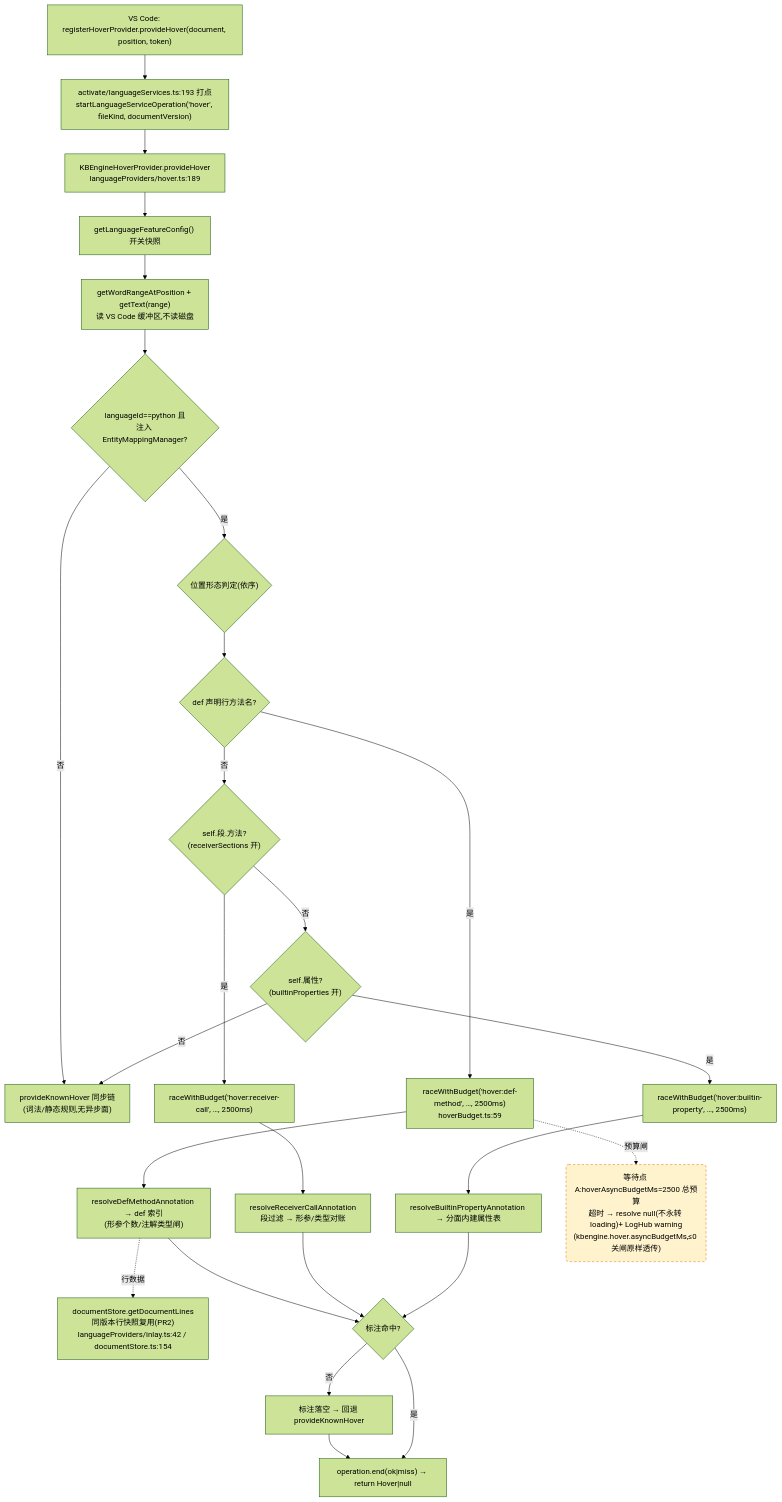
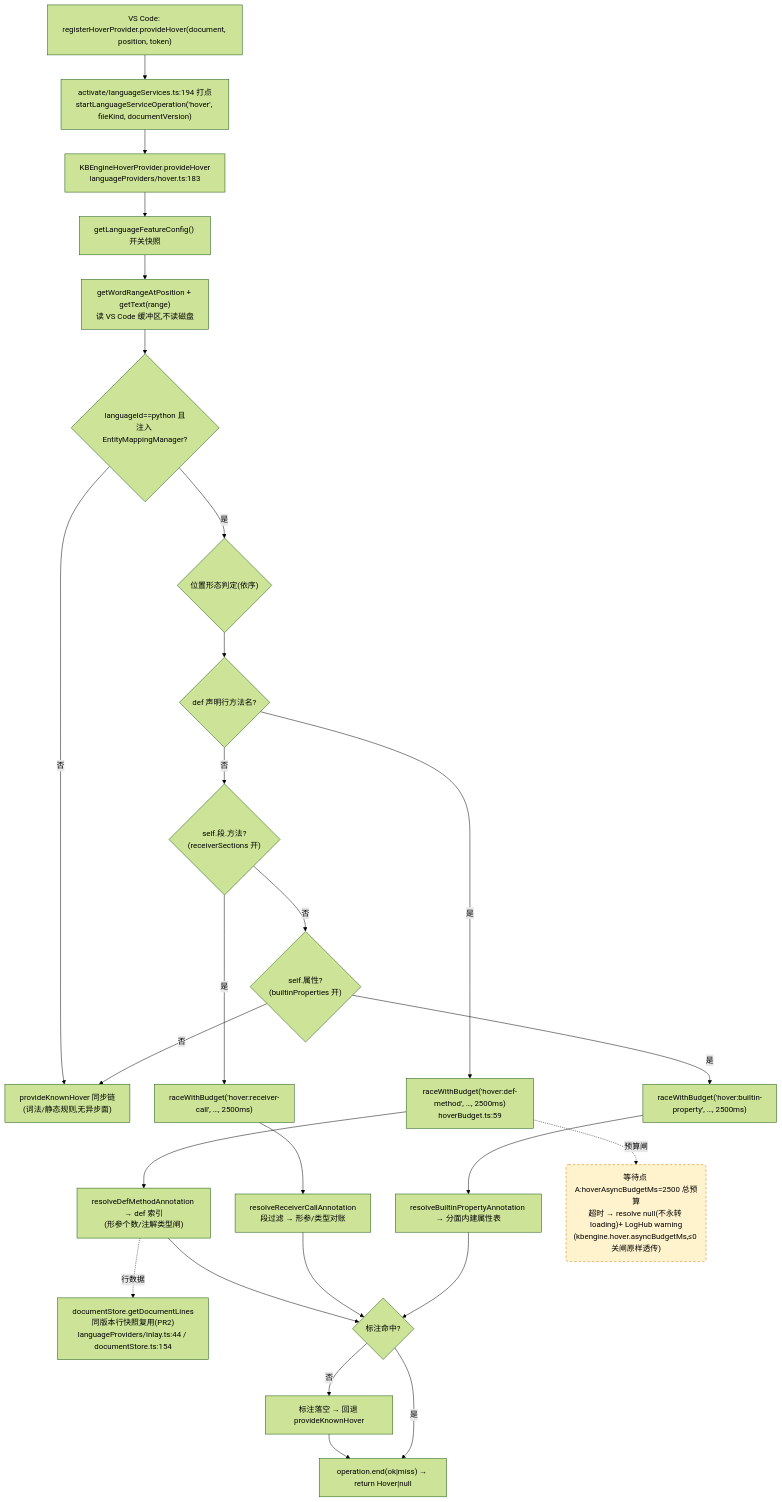
One commit to cuihairu/kode changed the first of 4 diagrams in docs/perf/2026-baseline.md. Above: the diagram before and after it, drawn with Mermaid (forest theme). The commit also changed other lines of this file and 4 other files, not shown here.

````diff
--- a/docs/perf/2026-baseline.md
+++ b/docs/perf/2026-baseline.md
@@ -82,45 +82,45 @@
 ```mermaid
 flowchart TD
   VC1["VS Code: registerHoverProvider.provideHover(document, position, token)"]
-  M1["activate/languageServices.ts:193 打点<br/>startLanguageServiceOperation('hover', fileKind, documentVersion)"]
-  HP["KBEngineHoverProvider.provideHover<br/>languageProviders/hover.ts:189"]
+  M1["activate/languageServices.ts:194 打点<br/>startLanguageServiceOperation('hover', fileKind, documentVersion)"]
+  HP["KBEngineHoverProvider.provideHover<br/>languageProviders/hover.ts:183"]
   CFG["getLanguageFeatureConfig() 开关快照"]
   WORD["getWordRangeAtPosition + getText(range)<br/>读 VS Code 缓冲区,不读磁盘"]
   BR{"languageId==python 且<br/>注入 EntityMappingManager?"}
   KN["provideKnownHover 同步链<br/>(词法/静态规则,无异步面)"]
   POS{"位置形态判定(依序)"}
   D1{"def 声明行方法名?"}
   D2{"self.段.方法?<br/>(receiverSections 开)"}
   D3{"self.属性?<br/>(builtinProperties 开)"}
   RA1["raceWithBudget('hover:def-method', …, 2500ms)<br/>hoverBudget.ts:59"]
   RA2["raceWithBudget('hover:receiver-call', …, 2500ms)"]
   RA3["raceWithBudget('hover:builtin-property', …, 2500ms)"]
   RS1["resolveDefMethodAnnotation → def 索引<br/>(形参个数/注解类型闸)"]
   RS2["resolveReceiverCallAnnotation<br/>段过滤 → 形参/类型对账"]
   RS3["resolveBuiltinPropertyAnnotation → 分面内建属性表"]
-  LINES["documentStore.getDocumentLines<br/>同版本行快照复用(PR2)<br/>languageProviders/inlay.ts:42 / documentStore.ts:154"]
+  LINES["documentStore.getDocumentLines<br/>同版本行快照复用(PR2)<br/>languageProviders/inlay.ts:44 / documentStore.ts:154"]
   MISS["标注落空 → 回退 provideKnownHover"]
   END1["operation.end(ok|miss) → return Hover|null"]
 
   VC1 --> M1 --> HP --> CFG --> WORD --> BR
   BR -- "否" --> KN
   BR -- "是" --> POS --> D1
   D1 -- "是" --> RA1 --> RS1
   D1 -- "否" --> D2
   D2 -- "是" --> RA2 --> RS2
   D2 -- "否" --> D3
   D3 -- "是" --> RA3 --> RS3
   D3 -- "否" --> KN
   RS1 --> HIT{"标注命中?"}
   RS2 --> HIT
   RS3 --> HIT
   RS1 -.->|行数据| LINES
   HIT -- "否" --> MISS --> END1
   HIT -- "是" --> END1
 
   WAITA("等待点 A:hoverAsyncBudgetMs=2500 总预算<br/>超时 → resolve null(不永转 loading)+ LogHub warning<br/>(kbengine.hover.asyncBudgetMs,≤0 关闸原样透传)")
   RA1 -.->|预算闸| WAITA
 
   classDef waitPoint fill:#fff3cd,stroke:#d97706,stroke-dasharray:5 4;
   class WAITA waitPoint;
 ```
````
